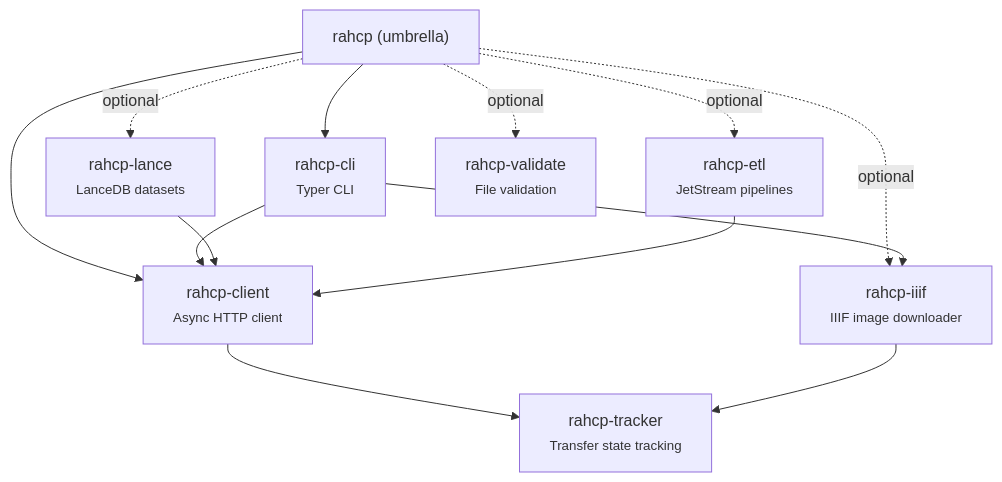
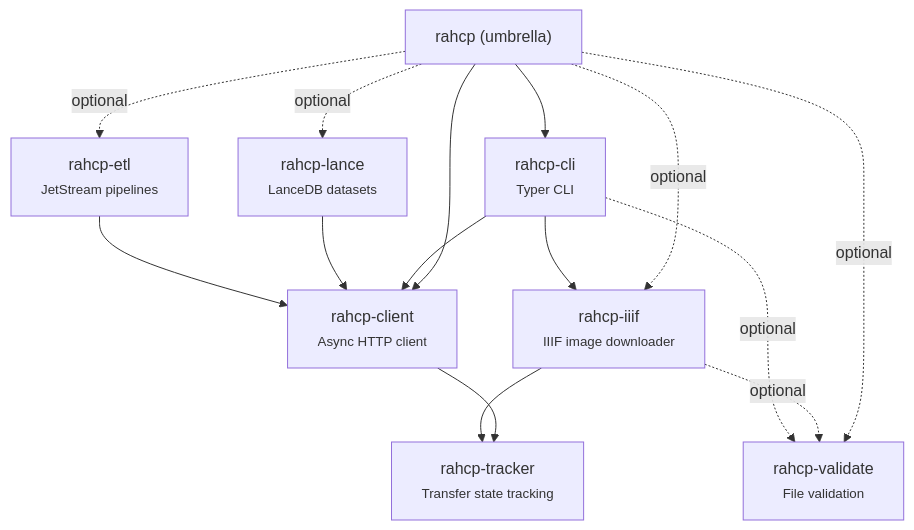
Before and after one commit to AI-Riksarkivet/ra-hcp: the first of 14 diagrams in docs/sdk/index.md, drawn with Mermaid. The commit also changed other lines of this file, not shown here.

First line of the commit message:
docs: fix stale SDK docs — bulk configs, tracker, validate, dep graph

````diff
--- a/docs/sdk/index.md
+++ b/docs/sdk/index.md
@@ -5,24 +5,26 @@
 ```mermaid
 graph TD
     ROOT["rahcp (umbrella)"]
     TRACKER["rahcp-tracker<br/><small>Transfer state tracking</small>"]
     CLIENT["rahcp-client<br/><small>Async HTTP client</small>"]
     CLI["rahcp-cli<br/><small>Typer CLI</small>"]
     IIIF["rahcp-iiif<br/><small>IIIF image downloader</small>"]
     LANCE["rahcp-lance<br/><small>LanceDB datasets</small>"]
     ETL["rahcp-etl<br/><small>JetStream pipelines</small>"]
     VAL["rahcp-validate<br/><small>File validation</small>"]
 
     ROOT --> CLIENT
     ROOT --> CLI
     ROOT -.->|optional| IIIF
     ROOT -.->|optional| LANCE
     ROOT -.->|optional| ETL
     ROOT -.->|optional| VAL
     CLIENT --> TRACKER
     IIIF --> TRACKER
+    IIIF -.->|optional| VAL
     CLI --> CLIENT
     CLI --> IIIF
+    CLI -.->|optional| VAL
     LANCE --> CLIENT
     ETL --> CLIENT
 ```
````
